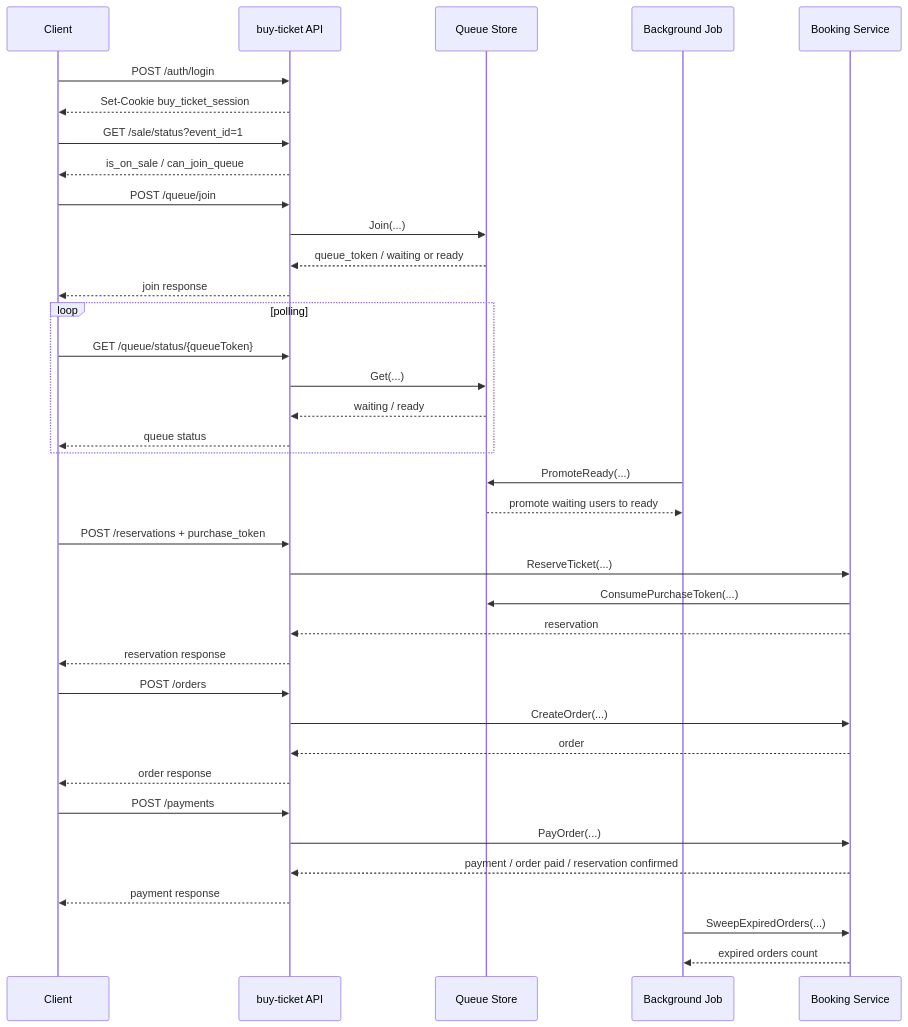
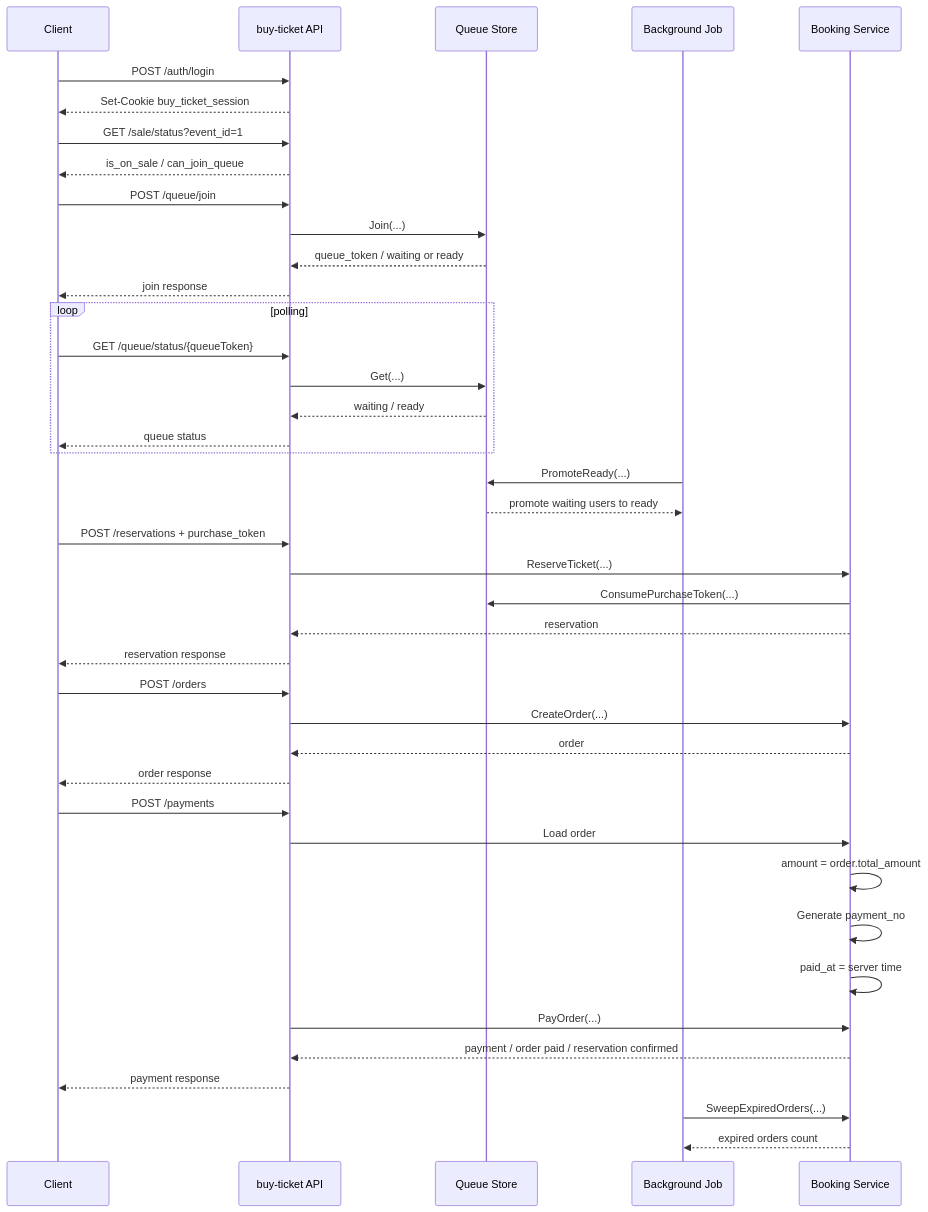
One commit to austin72905/buy-ticket changed the second of 2 diagrams in doc/api-flow.md. Above: the diagram before and after it, drawn with Mermaid. The commit also changed 17 other files, not shown here.

````diff
--- a/doc/api-flow.md
+++ b/doc/api-flow.md
@@ -63,48 +63,52 @@
 ```mermaid
 sequenceDiagram
     participant Client as Client
     participant API as buy-ticket API
     participant Queue as Queue Store
     participant Job as Background Job
     participant Booking as Booking Service
 
     Client->>API: POST /auth/login
     API-->>Client: Set-Cookie buy_ticket_session
 
     Client->>API: GET /sale/status?event_id=1
     API-->>Client: is_on_sale / can_join_queue
 
     Client->>API: POST /queue/join
     API->>Queue: Join(...)
     Queue-->>API: queue_token / waiting or ready
     API-->>Client: join response
 
     loop polling
         Client->>API: GET /queue/status/{queueToken}
         API->>Queue: Get(...)
         Queue-->>API: waiting / ready
         API-->>Client: queue status
     end
 
     Job->>Queue: PromoteReady(...)
     Queue-->>Job: promote waiting users to ready
 
     Client->>API: POST /reservations + purchase_token
     API->>Booking: ReserveTicket(...)
     Booking->>Queue: ConsumePurchaseToken(...)
     Booking-->>API: reservation
     API-->>Client: reservation response
 
     Client->>API: POST /orders
     API->>Booking: CreateOrder(...)
     Booking-->>API: order
     API-->>Client: order response
 
     Client->>API: POST /payments
+    API->>Booking: Load order
+    Booking->>Booking: amount = order.total_amount
+    Booking->>Booking: Generate payment_no
+    Booking->>Booking: paid_at = server time
     API->>Booking: PayOrder(...)
     Booking-->>API: payment / order paid / reservation confirmed
     API-->>Client: payment response
 
     Job->>Booking: SweepExpiredOrders(...)
     Booking-->>Job: expired orders count
 ```
````
